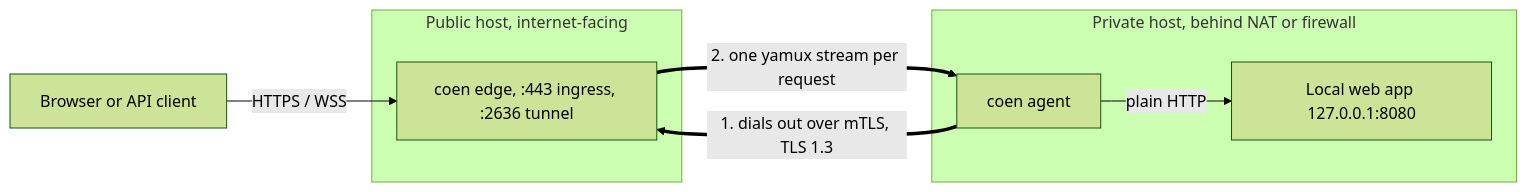
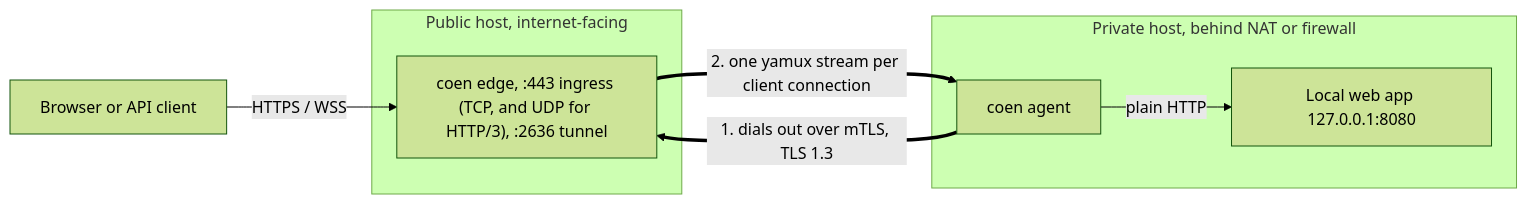
One commit to baspeters/coen changed the first of 4 diagrams in README.md. Above: the diagram before and after it, drawn with Mermaid (forest theme). The commit also changed other lines of this file and 38 other files, not shown here.

````diff
--- a/README.md
+++ b/README.md
@@ -103,18 +109,18 @@
 ```mermaid
 flowchart LR
     client["Browser or API client"]
 
     subgraph pub["Public host, internet-facing"]
-        edge["coen edge, :443 ingress, :2636 tunnel"]
+        edge["coen edge, :443 ingress (TCP, and UDP for HTTP/3), :2636 tunnel"]
     end
 
     subgraph priv["Private host, behind NAT or firewall"]
         agent["coen agent"]
         app["Local web app 127.0.0.1:8080"]
     end
 
     client -->|"HTTPS / WSS"| edge
     agent ==>|"1. dials out over mTLS, TLS 1.3"| edge
-    edge ==>|"2. one yamux stream per request"| agent
+    edge ==>|"2. one yamux stream per client connection"| agent
     agent -->|"plain HTTP"| app
 ```
````
